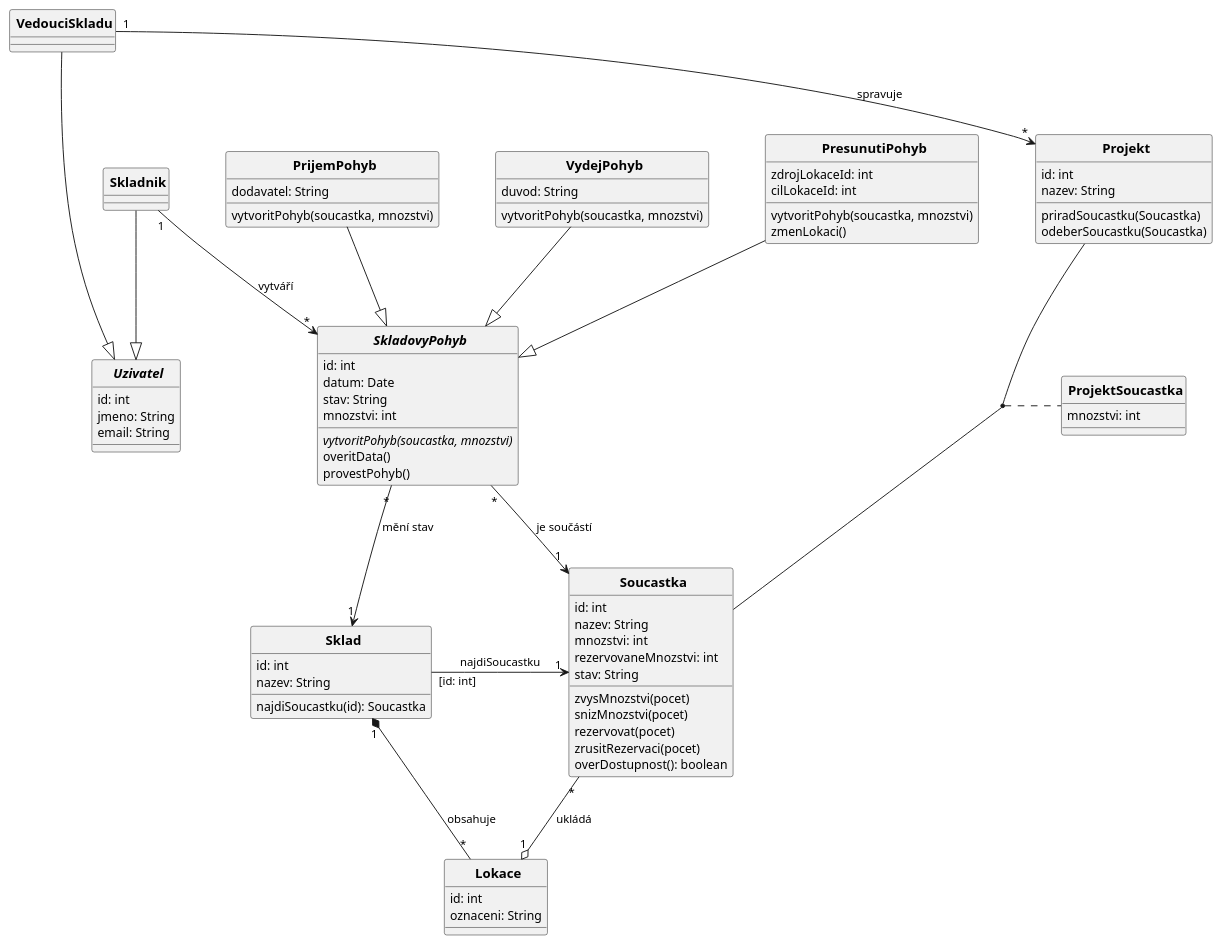
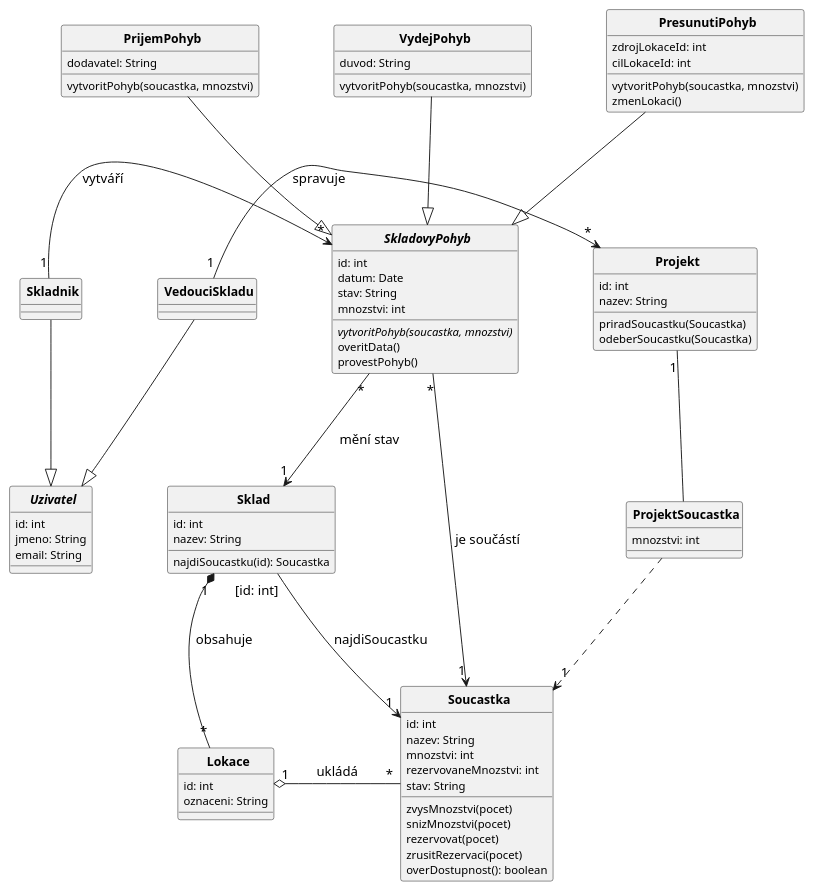
The diagram in diagrams/02_class_diagram.puml (lkvapil/kOdevzdaniProjektWMS), drawn with PlantUML before and after one commit. The commit also changed 7 other files, not shown here.

Commit message:
feat: class diagram v3 layout, arrow labels fix, ASCII comments

```diff
--- a/diagrams/02_class_diagram.puml
+++ b/diagrams/02_class_diagram.puml
@@ -1,116 +1,108 @@
 @startuml
 top to bottom direction
 skinparam CircledCharacterRadius 0
 skinparam CircledCharacterFontSize 0
-skinparam defaultFontSize 13
-skinparam classFontSize 14
+skinparam defaultFontSize 12
+skinparam classFontSize 13
 skinparam classFontStyle bold
-skinparam ArrowFontSize 12
-skinparam nodesep 60
-skinparam ranksep 70
+skinparam ArrowFontSize 14
+skinparam nodesep 80
+skinparam ranksep 80
 
 abstract class Uzivatel {
   id: int
   jmeno: String
   email: String
 }
 
 class Skladnik {
 }
 
 class VedouciSkladu {
 }
 
 class PrijemPohyb {
   dodavatel: String
   vytvoritPohyb(soucastka, mnozstvi)
 }
 
 class VydejPohyb {
   duvod: String
   vytvoritPohyb(soucastka, mnozstvi)
 }
 
 class PresunutiPohyb {
   zdrojLokaceId: int
   cilLokaceId: int
   vytvoritPohyb(soucastka, mnozstvi)
   zmenLokaci()
 }
 
 abstract class SkladovyPohyb {
   id: int
   datum: Date
   stav: String
   mnozstvi: int
   {abstract} vytvoritPohyb(soucastka, mnozstvi)
   overitData()
   provestPohyb()
 }
 
 class Projekt {
   id: int
   nazev: String
   priradSoucastku(Soucastka)
   odeberSoucastku(Soucastka)
 }
 
 class ProjektSoucastka {
   mnozstvi: int
 }
 
 class Sklad {
   id: int
   nazev: String
   najdiSoucastku(id): Soucastka
 }
 
 class Lokace {
   id: int
   oznaceni: String
 }
 
 class Soucastka {
   id: int
   nazev: String
   mnozstvi: int
   rezervovaneMnozstvi: int
   stav: String
   zvysMnozstvi(pocet)
   snizMnozstvi(pocet)
   rezervovat(pocet)
   zrusitRezervaci(pocet)
   overDostupnost(): boolean
 }
 
-' ── Generalizace ──────────────────────────────────────────────────────────────
-PrijemPohyb    --|> SkladovyPohyb
-VydejPohyb     --|> SkladovyPohyb
-PresunutiPohyb --|> SkladovyPohyb
-Skladnik       --|> Uzivatel
-VedouciSkladu  --|> Uzivatel
+' -- Generalizace: -down-|> = child ABOVE parent
+PrijemPohyb    -down-|> SkladovyPohyb
+VydejPohyb     -down-|> SkladovyPohyb
+PresunutiPohyb -down-|> SkladovyPohyb
+Skladnik       -down-|> Uzivatel
+VedouciSkladu  -down-|> Uzivatel
 
-' ── Atribut spojení ───────────────────────────────────────────────────────────
-(Projekt, Soucastka) .. ProjektSoucastka
-Projekt -[hidden]right- ProjektSoucastka
+' -- ProjektSoucastka (association class)
+Projekt        "1"  --  ProjektSoucastka
+ProjektSoucastka    ..> "1" Soucastka
 
-' ── Kvalifikovaná vazba ───────────────────────────────────────────────────────
-Sklad "[id: int]" --> "1" Soucastka : najdiSoucastku
+' -- Kvalifikovana vazba
+Sklad "[id: int]" -right-> "1" Soucastka : \nnajdiSoucastku
 
-' ── Asociace ──────────────────────────────────────────────────────────────────
-SkladovyPohyb "*" --> "1" Soucastka     : je součástí
-Sklad         "1" *-- "*" Lokace        : obsahuje
-Lokace        "1" o-- "*" Soucastka     : ukládá
-SkladovyPohyb "*" --> "1" Sklad         : mění stav
-Skladnik      "1" --> "*" SkladovyPohyb : vytváří
-VedouciSkladu "1" --> "*" Projekt       : spravuje
-
-' ── Layout ────────────────────────────────────────────────────────────────────
-Uzivatel      -[hidden]right- SkladovyPohyb
-SkladovyPohyb -[hidden]right- Soucastka
-Soucastka     -[hidden]right- Sklad
-Skladnik      -[hidden]right- PrijemPohyb
-PrijemPohyb   -[hidden]right- VydejPohyb
-VydejPohyb    -[hidden]right- PresunutiPohyb
+' -- Asociace
+VedouciSkladu "1" -right-> "*" Projekt       : \nspravuje
+Skladnik      "1" -right-> "*" SkladovyPohyb : \nvytváří
+SkladovyPohyb "*"  -->     "1" Sklad         : \nmění stav
+SkladovyPohyb "*"  -->     "1" Soucastka     : \nje součástí
+Sklad         "1" *--      "*" Lokace        : \nobsahuje
+Lokace        "1" o-right- "*" Soucastka     : \nukládá
 
 @enduml
```
